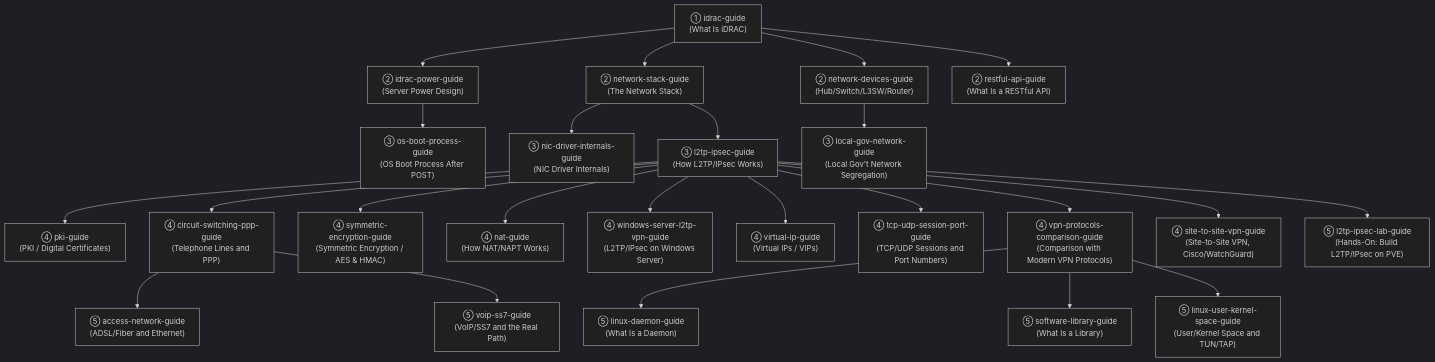
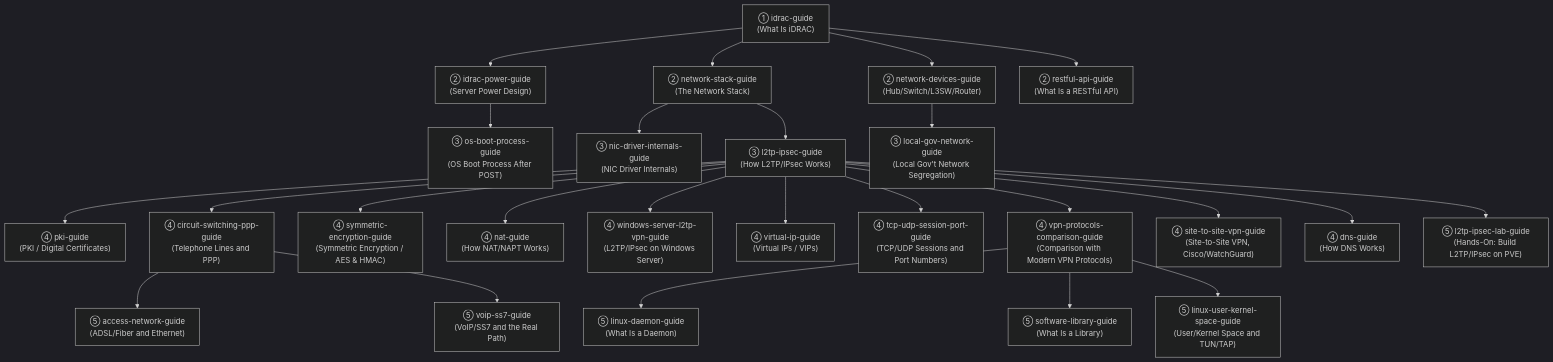
One commit to koikoi1998/koikoi-blog-20260723 changed the diagram in src/pages/en/sitemap.md. Above: the diagram before and after it, drawn with Mermaid (dark theme). The commit also changed other lines of this file and 5 other files, not shown here.

````diff
--- a/src/pages/en/sitemap.md
+++ b/src/pages/en/sitemap.md
@@ -20,51 +20,53 @@
 ```mermaid
 graph TB
     Idrac["① idrac-guide<br/>(What Is iDRAC)"]
     Power["② idrac-power-guide<br/>(Server Power Design)"]
     Net["② network-stack-guide<br/>(The Network Stack)"]
     Devices["② network-devices-guide<br/>(Hub/Switch/L3SW/Router)"]
     Api["② restful-api-guide<br/>(What Is a RESTful API)"]
     Boot["③ os-boot-process-guide<br/>(OS Boot Process After POST)"]
     Nic["③ nic-driver-internals-guide<br/>(NIC Driver Internals)"]
     L2tp["③ l2tp-ipsec-guide<br/>(How L2TP/IPsec Works)"]
     GovNet["③ local-gov-network-guide<br/>(Local Gov't Network Segregation)"]
     Pki["④ pki-guide<br/>(PKI / Digital Certificates)"]
     Circuit["④ circuit-switching-ppp-guide<br/>(Telephone Lines and PPP)"]
     Sym["④ symmetric-encryption-guide<br/>(Symmetric Encryption / AES & HMAC)"]
     Nat["④ nat-guide<br/>(How NAT/NAPT Works)"]
     Winvpn["④ windows-server-l2tp-vpn-guide<br/>(L2TP/IPsec on Windows Server)"]
     Vip["④ virtual-ip-guide<br/>(Virtual IPs / VIPs)"]
     TcpUdp["④ tcp-udp-session-port-guide<br/>(TCP/UDP Sessions and Port Numbers)"]
     VpnCompare["④ vpn-protocols-comparison-guide<br/>(Comparison with Modern VPN Protocols)"]
     S2s["④ site-to-site-vpn-guide<br/>(Site-to-Site VPN, Cisco/WatchGuard)"]
+    Dns["④ dns-guide<br/>(How DNS Works)"]
     L2tpLab["⑤ l2tp-ipsec-lab-guide<br/>(Hands-On: Build L2TP/IPsec on PVE)"]
     Access["⑤ access-network-guide<br/>(ADSL/Fiber and Ethernet)"]
     Voip["⑤ voip-ss7-guide<br/>(VoIP/SS7 and the Real Path)"]
     Daemon["⑤ linux-daemon-guide<br/>(What Is a Daemon)"]
     Library["⑤ software-library-guide<br/>(What Is a Library)"]
     UserKernel["⑤ linux-user-kernel-space-guide<br/>(User/Kernel Space and TUN/TAP)"]
 
     Idrac --> Power
     Idrac --> Net
     Idrac --> Devices
     Idrac --> Api
     Power --> Boot
     Net --> Nic
     Net --> L2tp
     Devices --> GovNet
     L2tp --> Pki
     L2tp --> Circuit
     L2tp --> Sym
     L2tp --> Nat
     L2tp --> Winvpn
     L2tp --> Vip
     L2tp --> TcpUdp
     L2tp --> VpnCompare
     L2tp --> S2s
+    L2tp --> Dns
     L2tp --> L2tpLab
     Circuit --> Access
     Circuit --> Voip
     VpnCompare --> Daemon
     VpnCompare --> Library
     VpnCompare --> UserKernel
 ```
````
